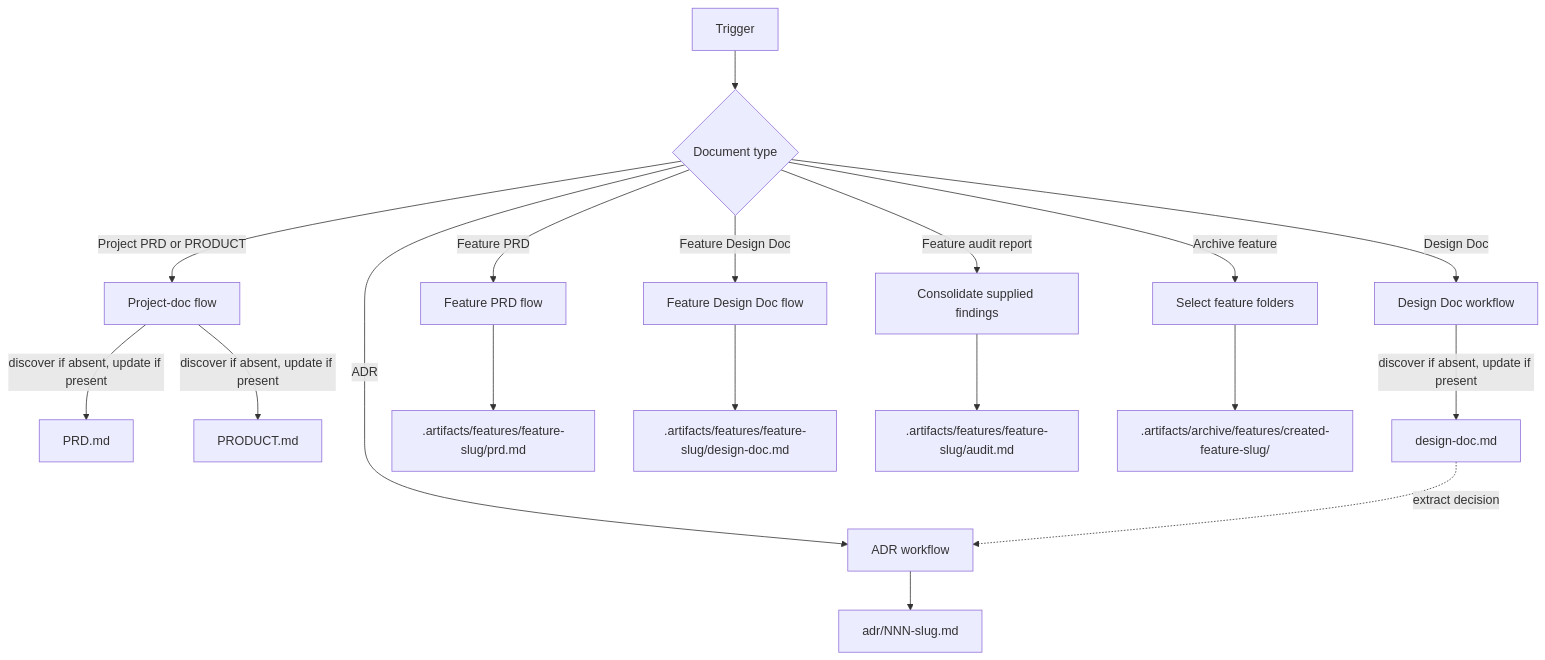
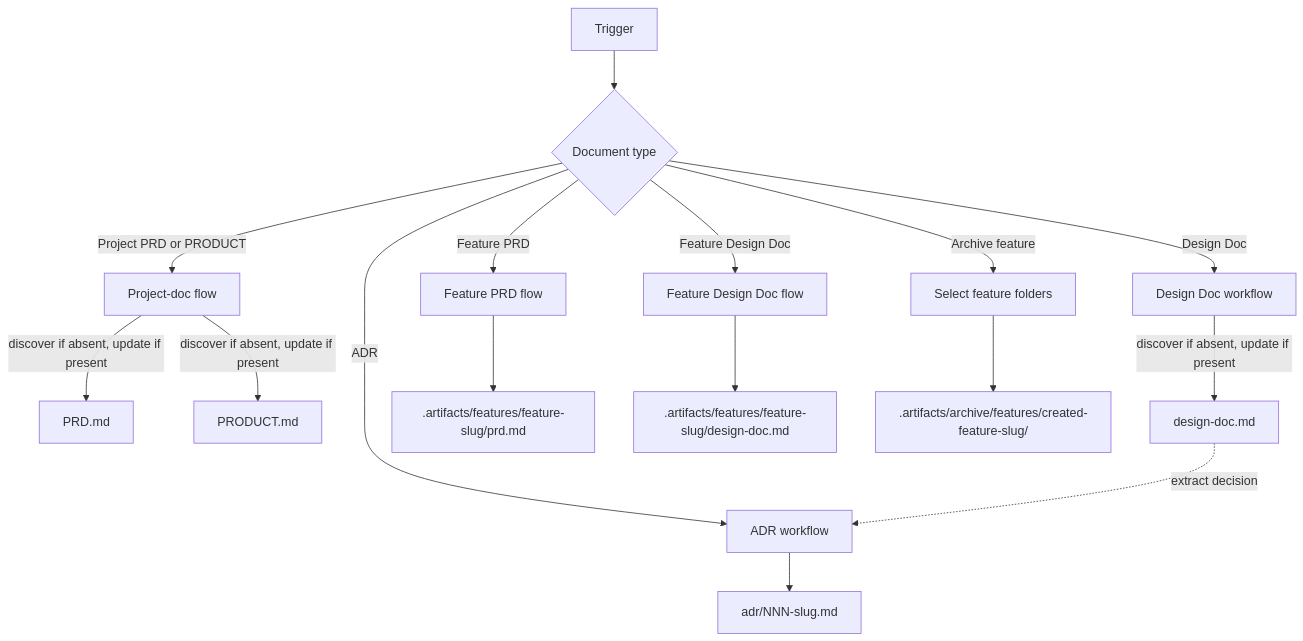
The diagram in skills/product/docs-writer/README.md (adeonir/agent-skills), drawn with Mermaid before and after one commit. The commit also changed other lines of this file and 5 other files, not shown here.

Commit message:
refactor(docs-writer): drop the feature audit report

````diff
--- a/skills/product/docs-writer/README.md
+++ b/skills/product/docs-writer/README.md
@@ -7,20 +7,18 @@
 ```mermaid
 flowchart TD
     T[Trigger] --> R{Document type}
     R -->|Project PRD or PRODUCT| PD[Project-doc flow]
     R -->|Feature PRD| FP[Feature PRD flow]
     R -->|Feature Design Doc| FR[Feature Design Doc flow]
-    R -->|Feature audit report| FA[Consolidate supplied findings]
     R -->|Design Doc| DD[Design Doc workflow]
     R -->|ADR| ADR[ADR workflow]
     R -->|Archive feature| AR[Select feature folders]
     PD -->|discover if absent, update if present| P[PRD.md]
     PD -->|discover if absent, update if present| PM[PRODUCT.md]
     DD -->|discover if absent, update if present| D[design-doc.md]
     ADR --> A[adr/NNN-slug.md]
     FP --> FPM[.artifacts/features/feature-slug/prd.md]
     FR --> FRM[.artifacts/features/feature-slug/design-doc.md]
-    FA --> FAM[.artifacts/features/feature-slug/audit.md]
     AR --> ARM[.artifacts/archive/features/created-feature-slug/]
     D -.->|extract decision| ADR
 ```
````
